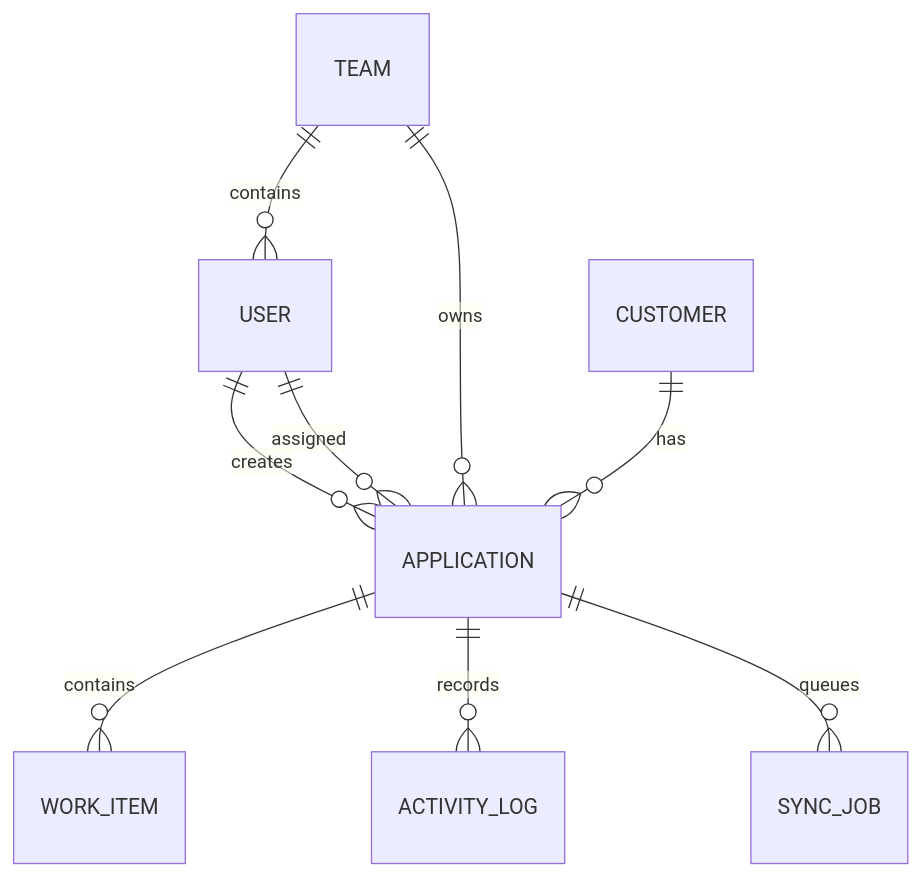
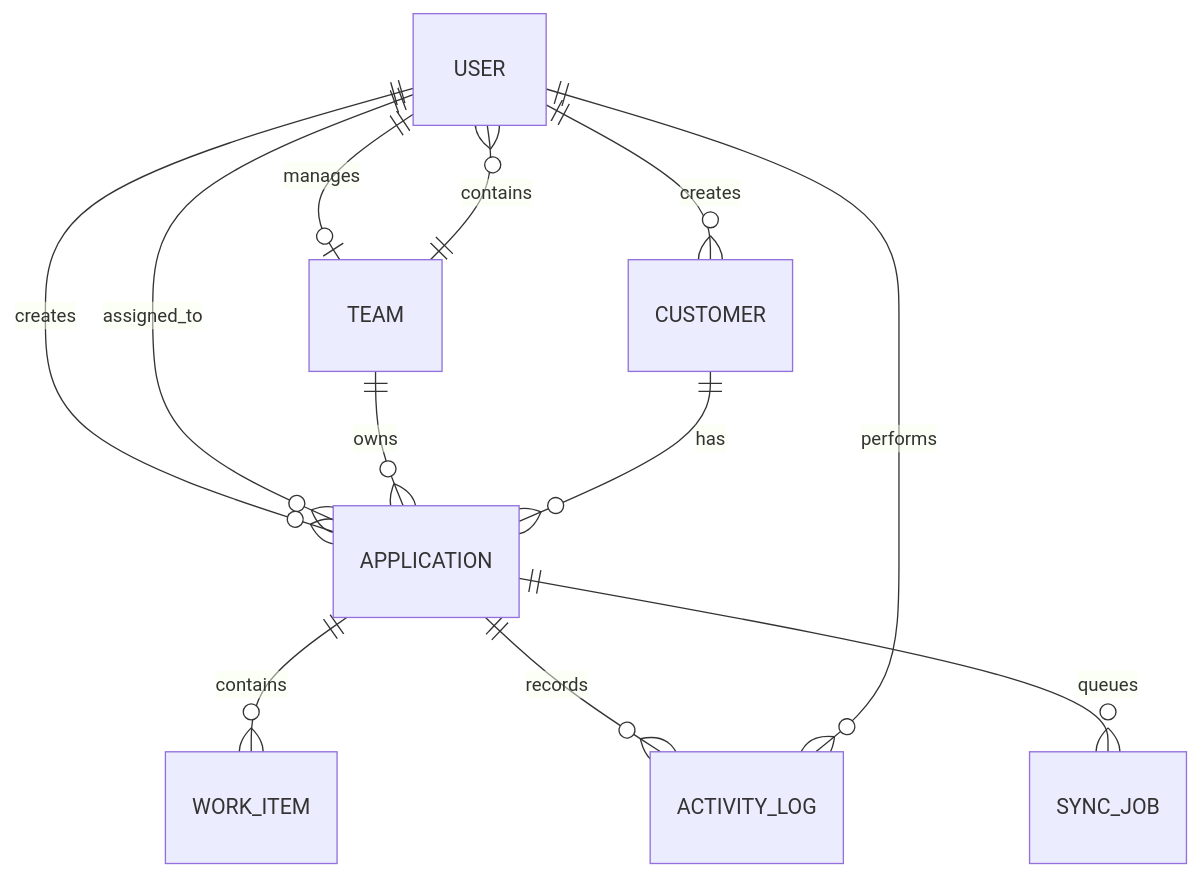
One commit to Gidijala-123/yaxis_assessment changed the second of 2 diagrams in README.md. Above: the diagram before and after it, drawn with Mermaid. The commit also changed other lines of this file and 2 other files, not shown here.

Commit message:
Polish Flowdesk workspace and documentation

````diff
--- a/README.md
+++ b/README.md
@@ -37,11 +234,14 @@
 ```mermaid
 erDiagram
+  USER ||--o| TEAM : manages
+  TEAM ||--o{ USER : contains
+  USER ||--o{ CUSTOMER : creates
   USER ||--o{ APPLICATION : creates
-  USER ||--o{ APPLICATION : assigned
-  TEAM ||--o{ USER : contains
+  USER ||--o{ APPLICATION : assigned_to
   TEAM ||--o{ APPLICATION : owns
   CUSTOMER ||--o{ APPLICATION : has
   APPLICATION ||--o{ WORK_ITEM : contains
   APPLICATION ||--o{ ACTIVITY_LOG : records
   APPLICATION ||--o{ SYNC_JOB : queues
+  USER ||--o{ ACTIVITY_LOG : performs
 ```
````
